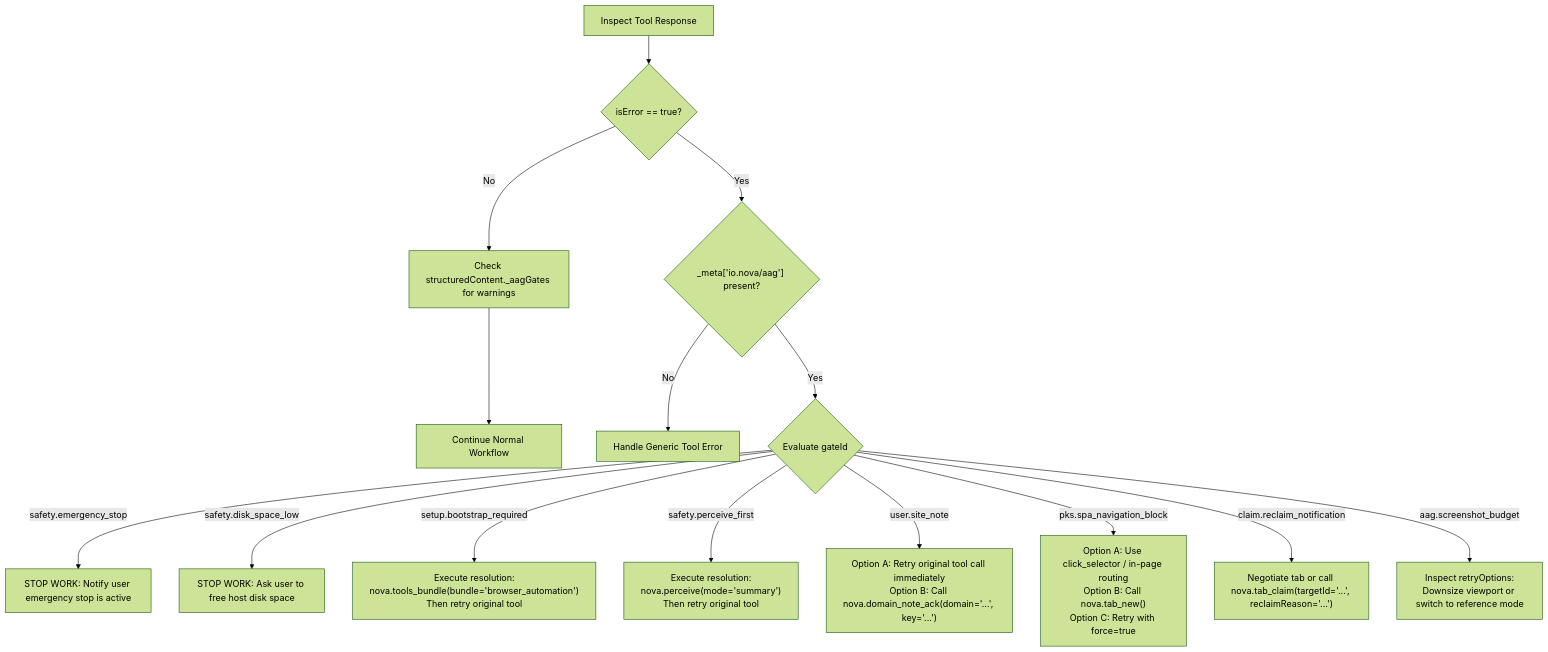
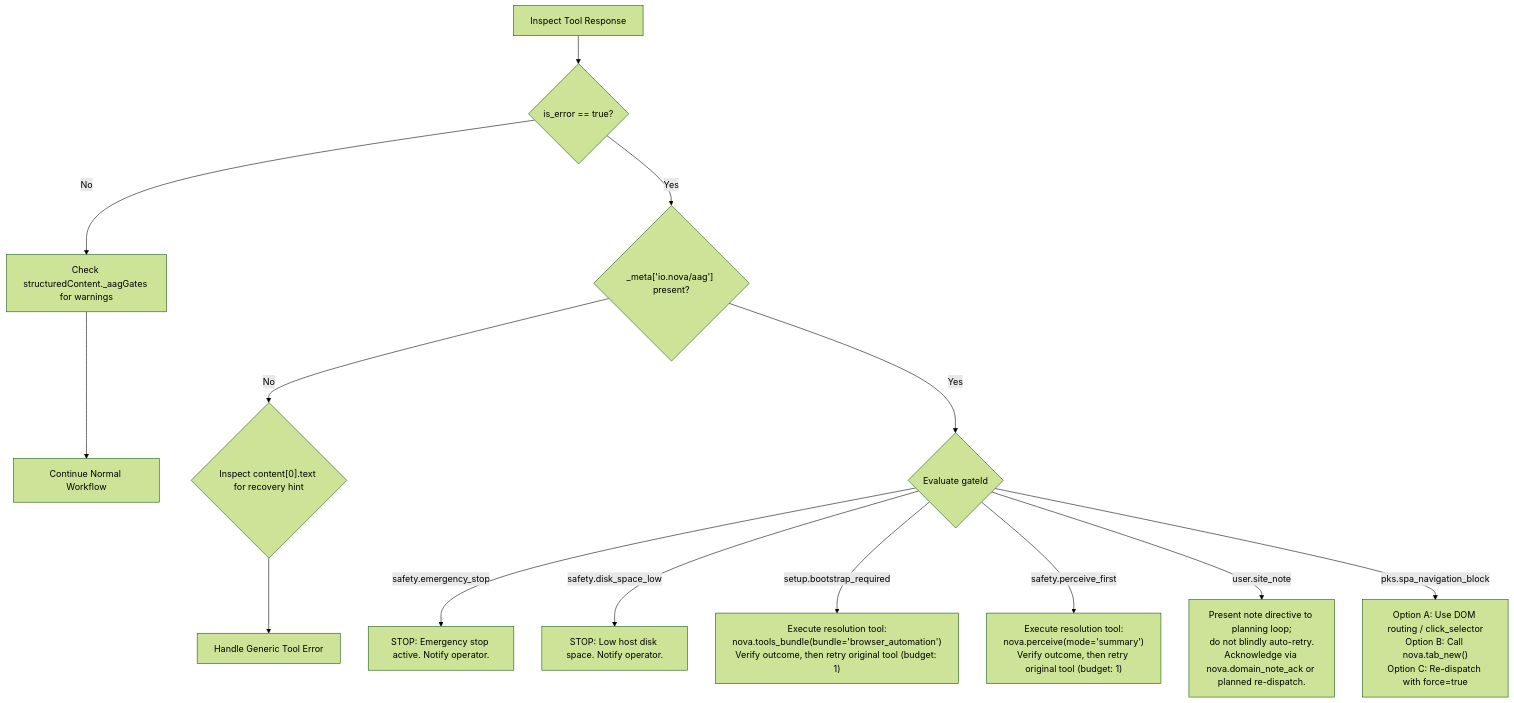
One commit to joelaniol/nova changed the sixth of 6 diagrams in docs/core-features/agent-awareness-gates-aag/README.md. Above: the diagram before and after it, drawn with Mermaid (forest theme). The commit also changed other lines of this file, not shown here.

Commit message:
docs(aag): refine architectural boundaries, enforcement matrix, and recovery semantics

````diff
--- a/docs/core-features/agent-awareness-gates-aag/README.md
+++ b/docs/core-features/agent-awareness-gates-aag/README.md
@@ -332,20 +408,19 @@
 ```mermaid
 flowchart TD
-    Resp["Inspect Tool Response"] --> IsErr{"isError == true?"}
+    Resp["Inspect Tool Response"] --> IsErr{"is_error == true?"}
     IsErr -- No --> CheckAag["Check structuredContent._aagGates for warnings"]
     CheckAag --> Proceed["Continue Normal Workflow"]
 
     IsErr -- Yes --> MetaCheck{"_meta['io.nova/aag'] present?"}
-    MetaCheck -- No --> GenericErr["Handle Generic Tool Error"]
+    MetaCheck -- No --> TextCheck{"Inspect content[0].text for recovery hint"}
+    TextCheck --> GenericErr["Handle Generic Tool Error"]
 
     MetaCheck -- Yes --> GateBranch{"Evaluate gateId"}
 
-    GateBranch -- "safety.emergency_stop" --> Halt["STOP WORK: Notify user emergency stop is active"]
-    GateBranch -- "safety.disk_space_low" --> HaltDisk["STOP WORK: Ask user to free host disk space"]
-    GateBranch -- "setup.bootstrap_required" --> LoadBundle["Execute resolution:\nnova.tools_bundle(bundle='browser_automation')\nThen retry original tool"]
-    GateBranch -- "safety.perceive_first" --> Perceive["Execute resolution:\nnova.perceive(mode='summary')\nThen retry original tool"]
-    GateBranch -- "user.site_note" --> NoteAck["Option A: Retry original tool call immediately\nOption B: Call nova.domain_note_ack(domain='...', key='...')"]
-    GateBranch -- "pks.spa_navigation_block" --> SpaNav["Option A: Use click_selector / in-page routing\nOption B: Call nova.tab_new()\nOption C: Retry with force=true"]
-    GateBranch -- "claim.reclaim_notification" --> ClaimHandle["Negotiate tab or call nova.tab_claim(targetId='...', reclaimReason='...')"]
-    GateBranch -- "aag.screenshot_budget" --> BudgetHandle["Inspect retryOptions:\nDownsize viewport or switch to reference mode"]
+    GateBranch -- "safety.emergency_stop" --> Halt["STOP: Emergency stop active. Notify operator."]
+    GateBranch -- "safety.disk_space_low" --> HaltDisk["STOP: Low host disk space. Notify operator."]
+    GateBranch -- "setup.bootstrap_required" --> LoadBundle["Execute resolution tool:\nnova.tools_bundle(bundle='browser_automation')\nVerify outcome, then retry original tool (budget: 1)"]
+    GateBranch -- "safety.perceive_first" --> Perceive["Execute resolution tool:\nnova.perceive(mode='summary')\nVerify outcome, then retry original tool (budget: 1)"]
+    GateBranch -- "user.site_note" --> NoteInspect["Present note directive to planning loop;\ndo not blindly auto-retry.\nAcknowledge via nova.domain_note_ack or planned re-dispatch."]
+    GateBranch -- "pks.spa_navigation_block" --> SpaNav["Option A: Use DOM routing / click_selector\nOption B: Call nova.tab_new()\nOption C: Re-dispatch with force=true"]
 ```
````
